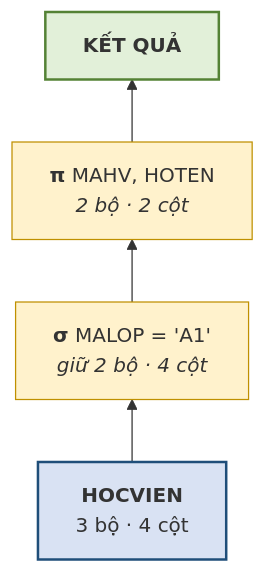
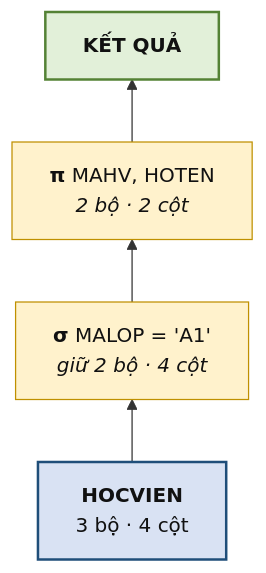
The second of 2 diagrams in docs/chuong-3/3-5-dai-so-quan-he-phep-chon-va-phep-chieu.md (CuongNguyenDAU/csdl-dbs201), drawn with Mermaid before and after one commit. The commit also changed other lines of this file and 123 other files, not shown here.

Commit message:
Cập nhật bài giảng v7: sơ đồ ER ký pháp Chen, hình minh họa tự vẽ, mở rộng toàn diện Chương 5 và bổ sung lời giải A4, B5

````diff
--- a/docs/chuong-3/3-5-dai-so-quan-he-phep-chon-va-phep-chieu.md
+++ b/docs/chuong-3/3-5-dai-so-quan-he-phep-chon-va-phep-chieu.md
@@ -115,10 +115,10 @@
 ```mermaid
 flowchart BT
     L["<b>HOCVIEN</b><br/>3 bộ · 4 cột"] --> S["<b>σ</b> MALOP = 'A1'<br/><i>giữ 2 bộ · 4 cột</i>"]
     S --> P["<b>π</b> MAHV, HOTEN<br/><i>2 bộ · 2 cột</i>"]
     P --> KQ["<b>KẾT QUẢ</b>"]
-    style L fill:#D9E2F3,stroke:#1F4E79,stroke-width:2px
-    style S fill:#FFF2CC,stroke:#BF9000
-    style P fill:#FFF2CC,stroke:#BF9000
-    style KQ fill:#E2F0D9,stroke:#548235,stroke-width:2px
+    style L fill:#D9E2F3,stroke:#1F4E79,stroke-width:2px,color:#111111
+    style S fill:#FFF2CC,stroke:#BF9000,color:#111111
+    style P fill:#FFF2CC,stroke:#BF9000,color:#111111
+    style KQ fill:#E2F0D9,stroke:#548235,stroke-width:2px,color:#111111
 ```
````
